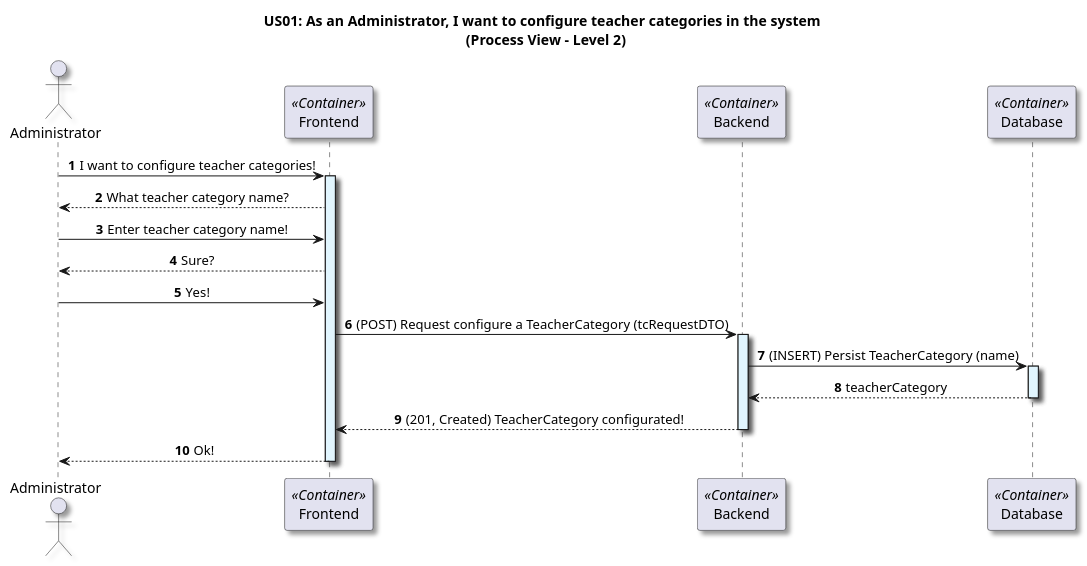
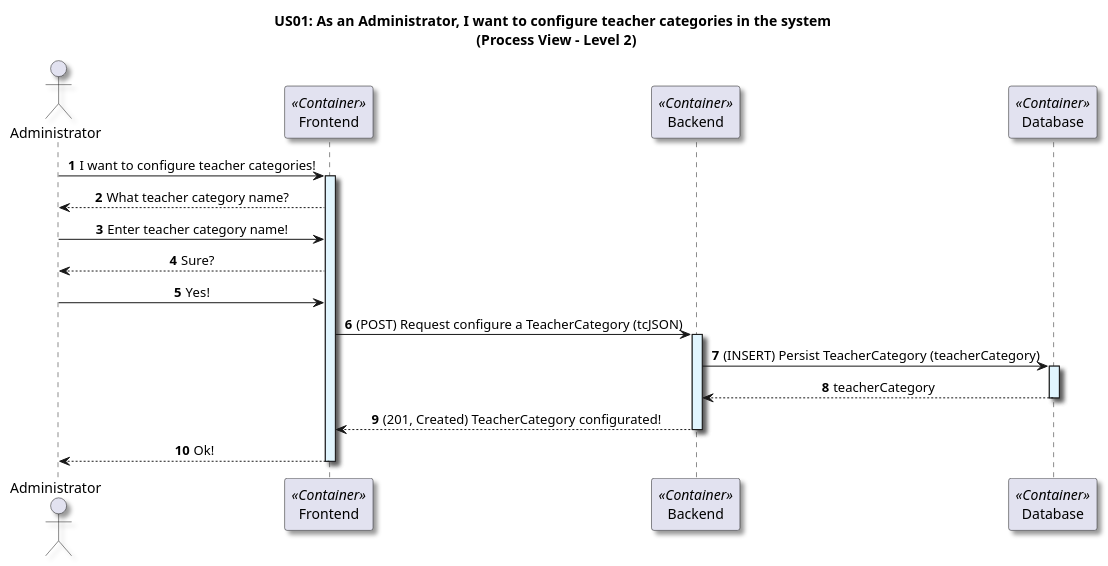
The diagram in docs/US01/Sprint6_RestAPI/ProcessView/Level2.puml (GasparISEP/DevOps-PAI), drawn with PlantUML before and after one commit. The commit also changed 1 other file, not shown here.

Commit message:
refactor (diagram): Update process view diagrams at level 2 and 3 with minor adjustments (#532, #541)

```diff
--- a/docs/US01/Sprint6_RestAPI/ProcessView/Level2.puml
+++ b/docs/US01/Sprint6_RestAPI/ProcessView/Level2.puml
@@ -1,43 +1,43 @@
 @startuml
 
 title US01: As an Administrator, I want to configure teacher categories in the system \n (Process View - Level 2)
 
 skinparam componentStyle component
 skinparam defaultTextAlignment center
 skinparam shadowing true
 
 autonumber
 
 actor Administrator as admin
 
 participant "Frontend" as frontend <<Container>>
 participant "Backend" as backend <<Container>>
 participant "Database" as db <<Container>>
 
 admin -> frontend: I want to configure teacher categories!
 activate frontend #E1F5FE
 
 frontend --> admin: What teacher category name?
 
 admin -> frontend: Enter teacher category name!
 
 frontend --> admin: Sure?
 
 admin -> frontend: Yes!
 
-frontend -> backend: (POST) Request configure a TeacherCategory (tcRequestDTO)
+frontend -> backend: (POST) Request configure a TeacherCategory (tcJSON)
 activate backend #E1F5FE
 
-backend -> db: (INSERT) Persist TeacherCategory (name)
+backend -> db: (INSERT) Persist TeacherCategory (teacherCategory)
 activate db #E1F5FE
 
 db --> backend: teacherCategory
 deactivate db
 
 backend --> frontend: (201, Created) TeacherCategory configurated!
 deactivate backend
 
 frontend --> admin: Ok!
 deactivate frontend
 
 @enduml
```
